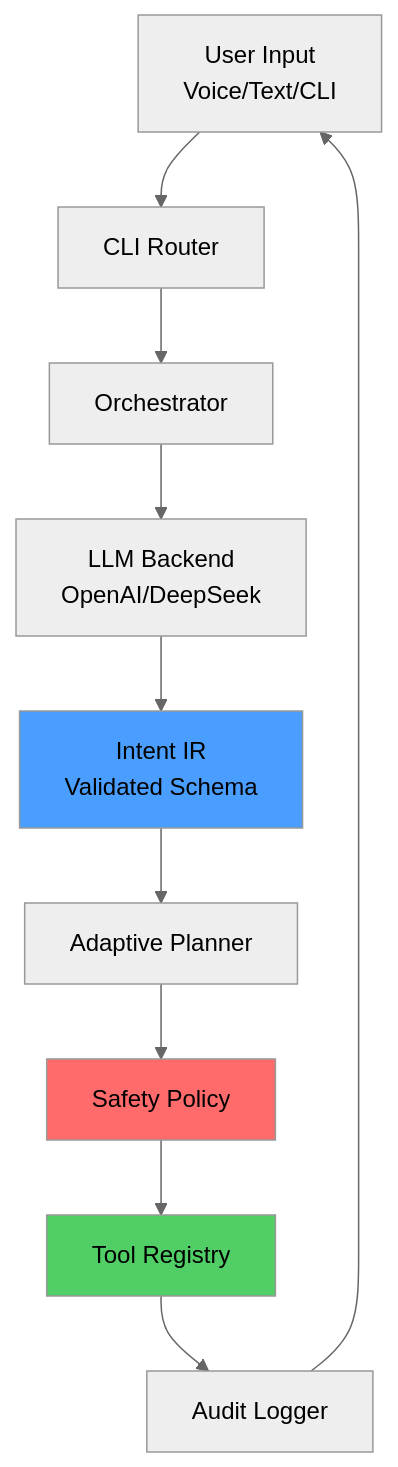
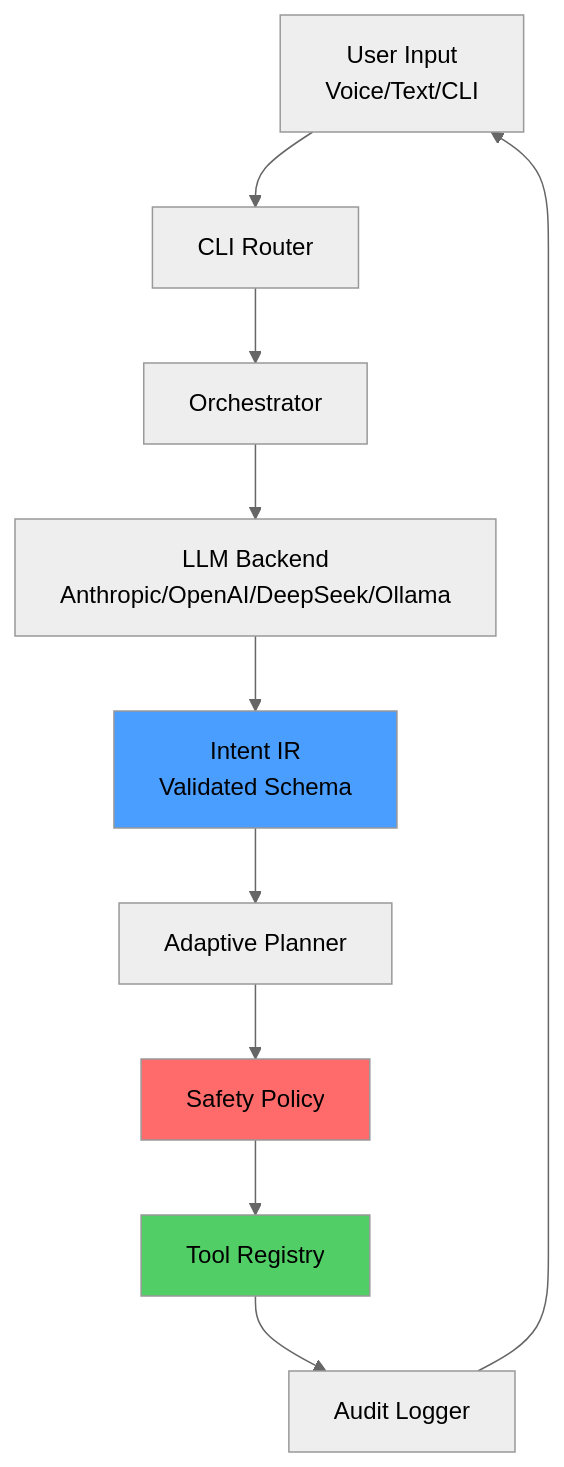
One commit to Guillhermm/zenus changed the first of 3 diagrams in docs/architecture/01-system-overview.md. Above: the diagram before and after it, drawn with Mermaid (neutral theme). The commit also changed other lines of this file and 1 other file, not shown here.

Commit message:
Docs: update architecture docs to reflect current implementation state

````diff
--- a/docs/architecture/01-system-overview.md
+++ b/docs/architecture/01-system-overview.md
@@ -9,26 +9,26 @@
 ```mermaid
 graph TB
     User[User Input<br/>Voice/Text/CLI]
     Router[CLI Router]
     Orchestrator[Orchestrator]
-    LLM[LLM Backend<br/>OpenAI/DeepSeek]
+    LLM[LLM Backend<br/>Anthropic/OpenAI/DeepSeek/Ollama]
     IR[Intent IR<br/>Validated Schema]
     Planner[Adaptive Planner]
     Safety[Safety Policy]
     Tools[Tool Registry]
     Audit[Audit Logger]
     
     User --> Router
     Router --> Orchestrator
     Orchestrator --> LLM
     LLM --> IR
     IR --> Planner
     Planner --> Safety
     Safety --> Tools
     Tools --> Audit
     Audit --> User
     
     style IR fill:#4a9eff
     style Safety fill:#ff6b6b
     style Tools fill:#51cf66
 ```
````
